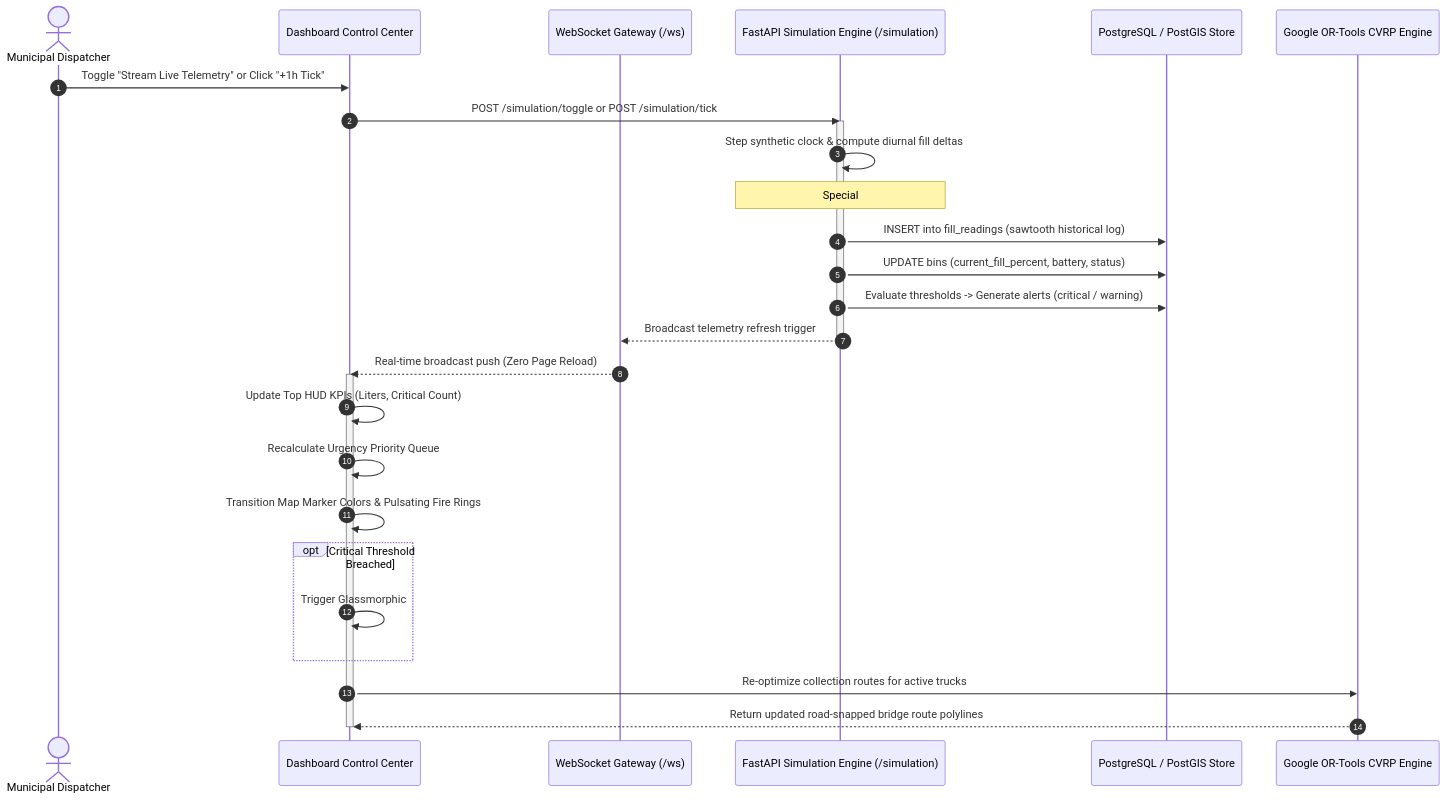
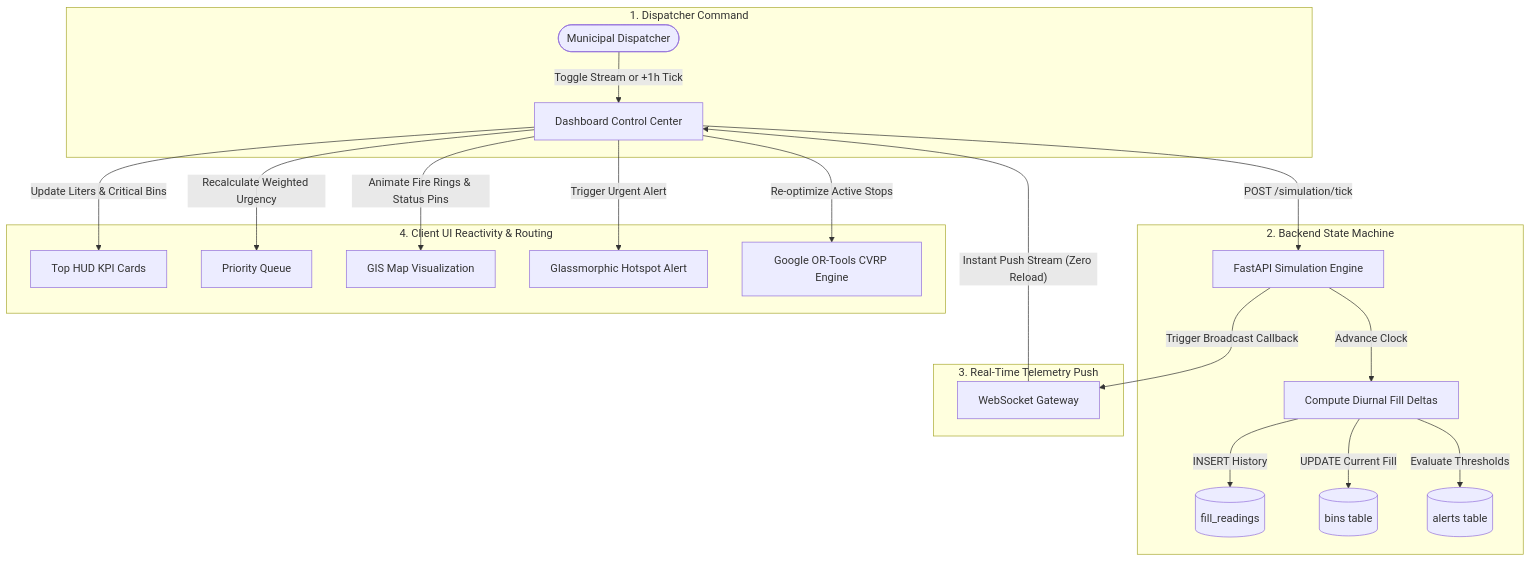
One commit to SalazarZ3U5/BitnBuild changed the second of 2 diagrams in README.md. Above: the diagram before and after it, drawn with Mermaid. The commit also changed other lines of this file and 2 other files, not shown here.

Commit message:
Updated README with new screenshots

````diff
--- a/README.md
+++ b/README.md
@@ -250,33 +269,27 @@
 ```mermaid
-sequenceDiagram
-    autonumber
-    actor Admin as Municipal Dispatcher
-    participant UI as Dashboard Control Center
-    participant WS as WebSocket Gateway (/ws)
-    participant Sim as FastAPI Simulation Engine (/simulation)
-    participant DB as PostgreSQL / PostGIS Store
-    participant CVRP as Google OR-Tools CVRP Engine
+flowchart TD
+    subgraph Controls ["1. Dispatcher Command"]
+        Admin(["Municipal Dispatcher"]) -->|"Toggle Stream or +1h Tick"| UI["Dashboard Control Center"]
+    end
 
-    Admin->>UI: Toggle "Stream Live Telemetry" or Click "+1h Tick"
-    UI->>Sim: POST /simulation/toggle or POST /simulation/tick
-    activate Sim
-    Sim->>Sim: Step synthetic clock & compute diurnal fill deltas
-    Note over Sim: Special #1 Producer: delta 12-18% / step<br/>Nominal bins: delta 5-11% / step
-    Sim->>DB: INSERT into fill_readings (sawtooth historical log)
-    Sim->>DB: UPDATE bins (current_fill_percent, battery, status)
-    Sim->>DB: Evaluate thresholds -> Generate alerts (critical / warning)
-    Sim-->>WS: Broadcast telemetry refresh trigger
-    deactivate Sim
-    
-    WS-->>UI: Real-time broadcast push (Zero Page Reload)
-    activate UI
-    UI->>UI: Update Top HUD KPIs (Liters, Critical Count)
-    UI->>UI: Recalculate Urgency Priority Queue
-    UI->>UI: Transition Map Marker Colors & Pulsating Fire Rings
-    opt Critical Threshold Breached
-        UI->>UI: Trigger Glassmorphic #1 Producer Alert Banner
+    subgraph Simulation ["2. Backend State Machine"]
+        UI -->|"POST /simulation/tick"| Sim["FastAPI Simulation Engine"]
+        Sim -->|"Advance Clock"| Calc["Compute Diurnal Fill Deltas"]
+        Calc -->|"INSERT History"| Readings[("fill_readings")]
+        Calc -->|"UPDATE Current Fill"| Bins[("bins table")]
+        Calc -->|"Evaluate Thresholds"| Alerts[("alerts table")]
     end
-    UI->>CVRP: Re-optimize collection routes for active trucks
-    CVRP-->>UI: Return updated road-snapped bridge route polylines
-    deactivate UI
+
+    subgraph Broadcast ["3. Real-Time Telemetry Push"]
+        Sim -->|"Trigger Broadcast Callback"| WS["WebSocket Gateway"]
+        WS -->|"Instant Push Stream (Zero Reload)"| UI
+    end
+
+    subgraph Reactivity ["4. Client UI Reactivity & Routing"]
+        UI -->|"Update Liters & Critical Bins"| HUD["Top HUD KPI Cards"]
+        UI -->|"Recalculate Weighted Urgency"| Rank["Priority Queue"]
+        UI -->|"Animate Fire Rings & Status Pins"| Map["GIS Map Visualization"]
+        UI -->|"Trigger Urgent Alert"| Banner["Glassmorphic Hotspot Alert"]
+        UI -->|"Re-optimize Active Stops"| CVRP["Google OR-Tools CVRP Engine"]
+    end
 ```
````
